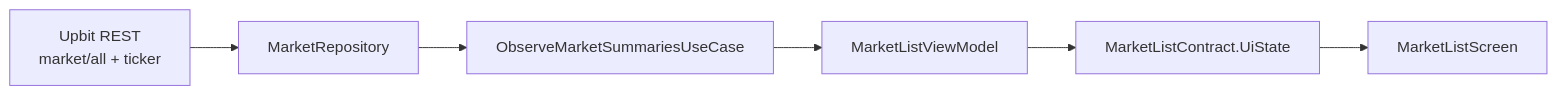
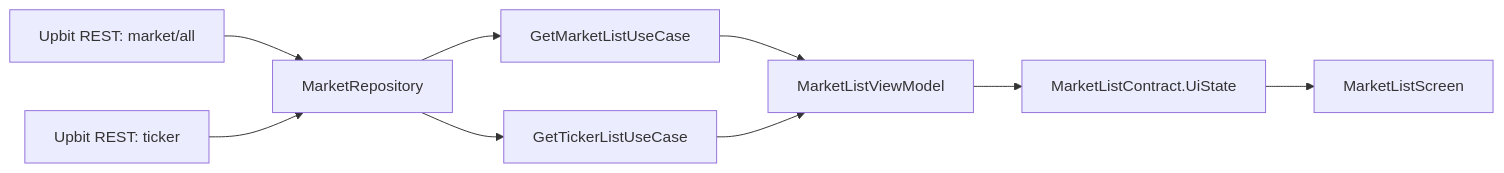
Before and after one commit to daryeou/crypto-orderbook: the first of 3 diagrams in README.md, drawn with Mermaid. The commit also changed other lines of this file, not shown here.

Commit message:
docs: align README with current architecture

````diff
--- a/README.md
+++ b/README.md
@@ -136,8 +136,11 @@
 ```mermaid
 flowchart LR
-    A["Upbit REST<br/>market/all + ticker"] --> B["MarketRepository"]
-    B --> C["ObserveMarketSummariesUseCase"]
-    C --> D["MarketListViewModel"]
-    D --> E["MarketListContract.UiState"]
-    E --> F["MarketListScreen"]
+    A["Upbit REST: market/all"] --> B["MarketRepository"]
+    C["Upbit REST: ticker"] --> B
+    B --> D["GetMarketListUseCase"]
+    B --> E["GetTickerListUseCase"]
+    D --> F["MarketListViewModel"]
+    E --> F
+    F --> G["MarketListContract.UiState"]
+    G --> H["MarketListScreen"]
 ```
````
